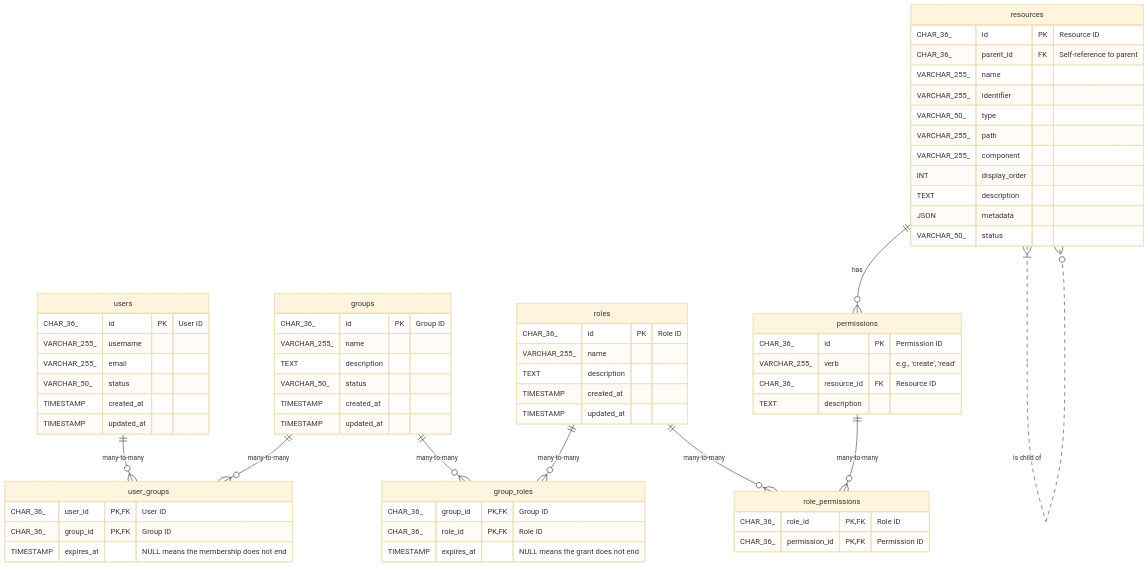
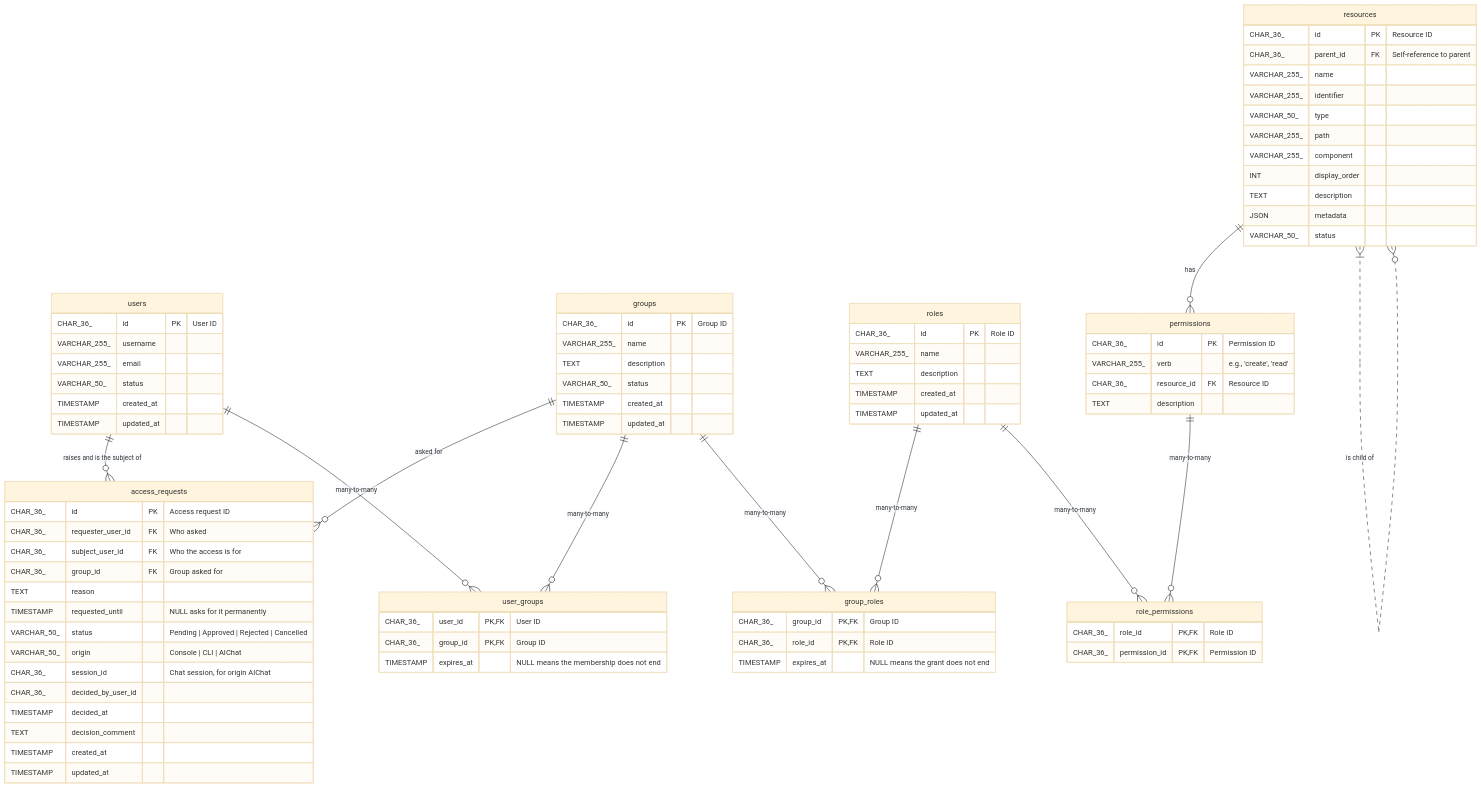
The diagram in server/db/schema.md (linzhengen/hub), drawn with Mermaid (base theme) before and after one commit. The commit also changed 29 other files, not shown here.

First line of the commit message:
feat: let access be asked for and agreed to, not only granted

```diff
--- a/server/db/schema.md
+++ b/server/db/schema.md
@@ -26,6 +26,23 @@
         CHAR_36_ user_id PK, FK "User ID"
         CHAR_36_ group_id PK, FK "Group ID"
         TIMESTAMP expires_at "NULL means the membership does not end"
+    }
+
+    access_requests {
+        CHAR_36_ id PK "Access request ID"
+        CHAR_36_ requester_user_id FK "Who asked"
+        CHAR_36_ subject_user_id FK "Who the access is for"
+        CHAR_36_ group_id FK "Group asked for"
+        TEXT reason
+        TIMESTAMP requested_until "NULL asks for it permanently"
+        VARCHAR_50_ status "Pending | Approved | Rejected | Cancelled"
+        VARCHAR_50_ origin "Console | CLI | AIChat"
+        CHAR_36_ session_id "Chat session, for origin AIChat"
+        CHAR_36_ decided_by_user_id
+        TIMESTAMP decided_at
+        TEXT decision_comment
+        TIMESTAMP created_at
+        TIMESTAMP updated_at
     }
 
     roles {
@@ -68,6 +85,8 @@
         CHAR_36_ permission_id PK, FK "Permission ID"
     }
 
+    users           ||--o{ access_requests  : "raises and is the subject of"
+    groups          ||--o{ access_requests  : "asked for"
     users           ||--o{ user_groups      : "many-to-many"
     groups          ||--o{ user_groups      : "many-to-many"
     groups          ||--o{ group_roles      : "many-to-many"
```
